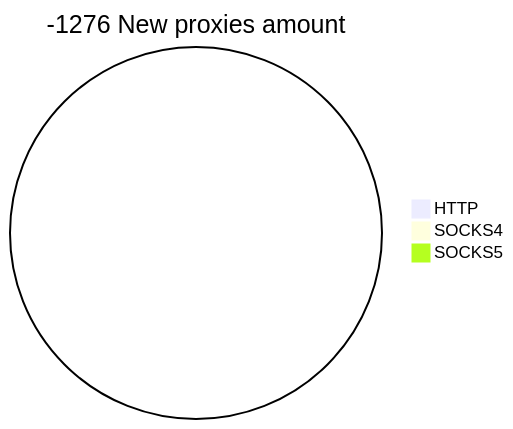
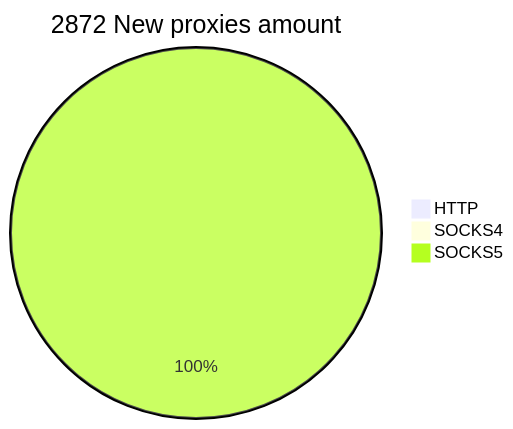
The second of 2 diagrams in README.md (cutipu/proxylist), drawn with Mermaid before and after one commit. The commit also changed other lines of this file, not shown here.

````diff
--- a/README.md
+++ b/README.md
@@ -10,6 +10,6 @@
 ```mermaid
-pie title -1276 New proxies amount
-    "HTTP" : 0
+pie title 2872 New proxies amount
+    "HTTP" : 1
     "SOCKS4" : 0
-    "SOCKS5" : 0
+    "SOCKS5" : 2873
 ```
````
